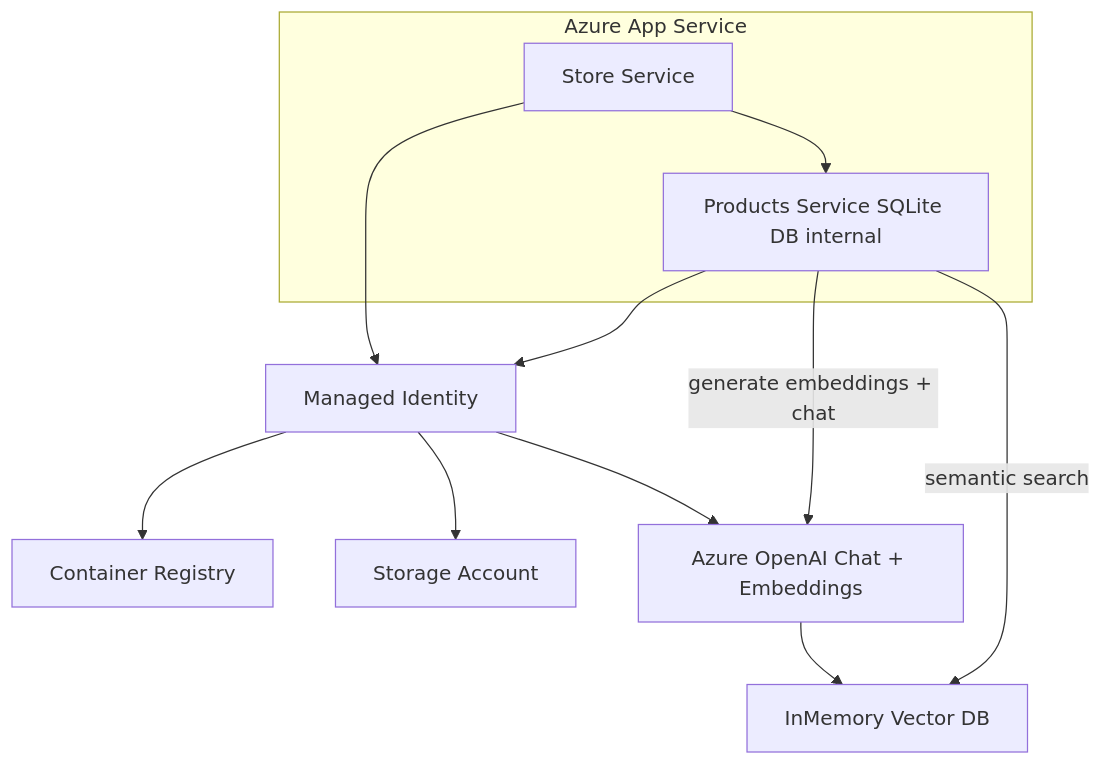
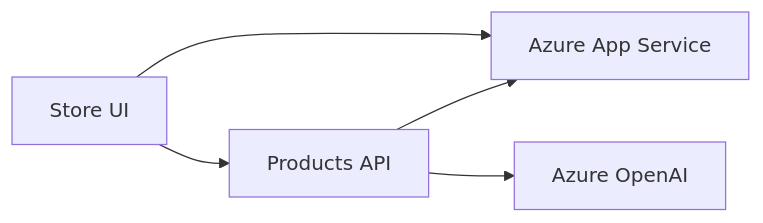
Before and after one commit to Azure-Samples/eShopLite: the diagram in scenarios/09-AzureAppService/README.md, drawn with Mermaid. The commit also changed other lines of this file and 682 other files, not shown here.

First line of the commit message:
Add infrastructure and service defaults for A2A Store Operations Network

````diff
--- a/scenarios/09-AzureAppService/README.md
+++ b/scenarios/09-AzureAppService/README.md
@@ -52,24 +16,12 @@
-  ```mermaid
-  flowchart TD
-    subgraph "Azure App Service"
-      store[Store Service]
-      products[Products Service SQLite DB internal]
-    end
-    ContainerRegistry[Container Registry]
-    StorageAccount[Storage Account]
-    ManagedIdentity[Managed Identity]
-    AzureOpenAI[Azure OpenAI Chat + Embeddings]
-    InMemoryVectorDB[InMemory Vector DB]
+```mermaid
+flowchart LR
+  store[Store UI]
+  products[Products API]
+  appsvc[Azure App Service]
+  aoai[Azure OpenAI]
 
-    store --> products
-    store --> ManagedIdentity
-
-    ManagedIdentity --> ContainerRegistry
-    ManagedIdentity --> StorageAccount
-    ManagedIdentity --> AzureOpenAI
-    AzureOpenAI --> InMemoryVectorDB
-
-    products --> ManagedIdentity
-    products -->|semantic search| InMemoryVectorDB
-    products -->|generate embeddings + chat| AzureOpenAI
-  ```
+  store --> products
+  store --> appsvc
+  products --> appsvc
+  products --> aoai
+```
````
